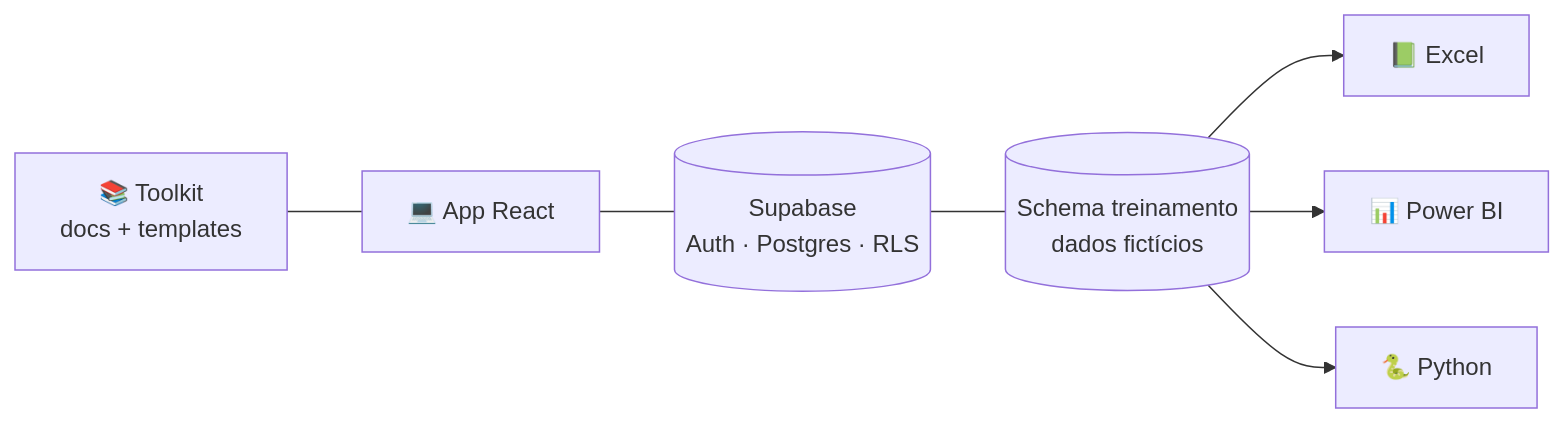
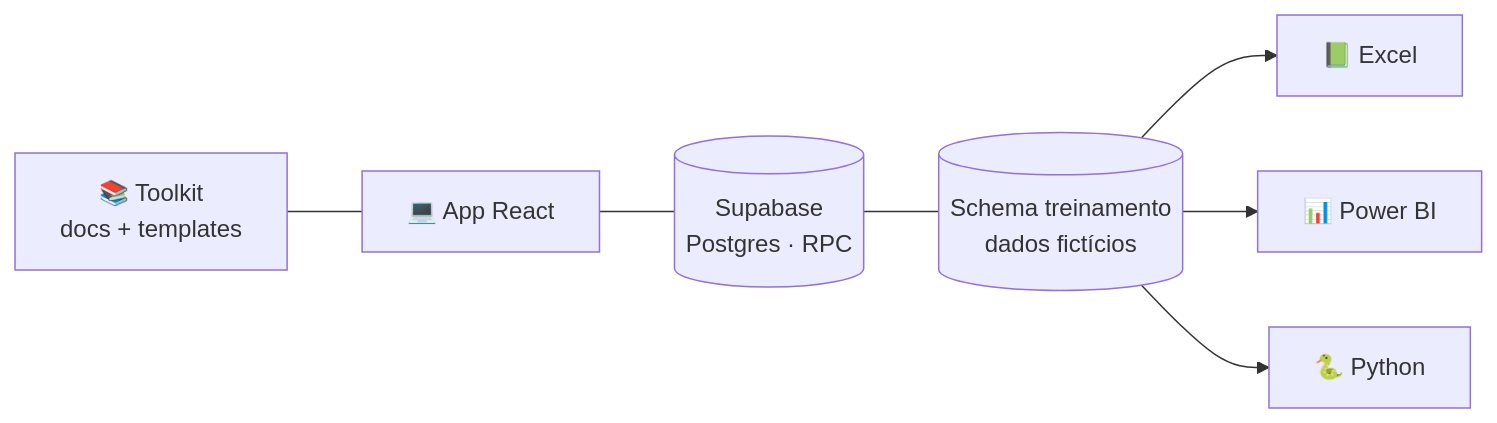
One commit to ehpessoa/dafa changed the diagram in README.md. Above: the diagram before and after it, drawn with Mermaid. The commit also changed other lines of this file and 23 other files, not shown here.

````diff
--- a/README.md
+++ b/README.md
@@ -5,7 +5,7 @@
 ```mermaid
 flowchart LR
   P[📚 Toolkit<br/>docs + templates] --- A[💻 App React]
-  A --- S[(Supabase<br/>Auth · Postgres · RLS)]
+  A --- S[(Supabase<br/>Postgres · RPC)]
   S --- D[(Schema treinamento<br/>dados fictícios)]
   D --> X[📗 Excel] & B[📊 Power BI] & Y[🐍 Python]
 ```
````
